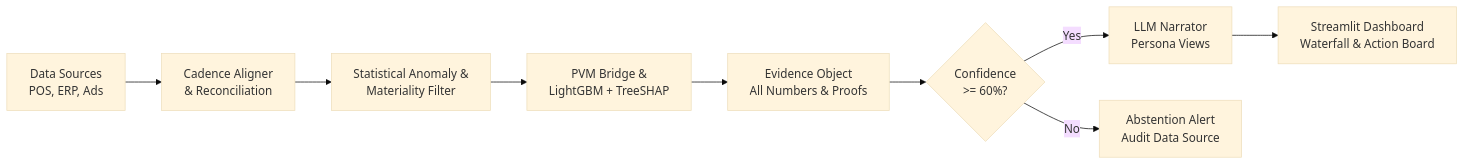
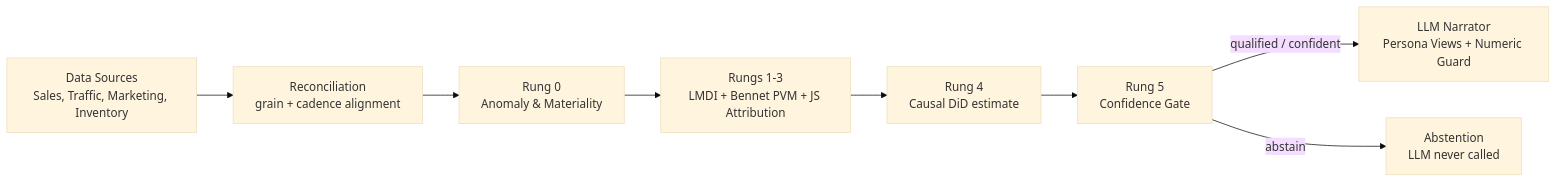
The diagram in README.md (SaiBalajiSonga/BusinessIntelligenceAI), drawn with Mermaid (base theme) before and after one commit. The commit also changed other lines of this file and 4 other files, not shown here.

````diff
--- a/README.md
+++ b/README.md
@@ -49,11 +49,10 @@
 ```mermaid
 flowchart LR
-    A[Data Sources<br/>POS, ERP, Ads] --> B[Cadence Aligner<br/>& Reconciliation]
-    B --> C[Statistical Anomaly &<br/>Materiality Filter]
-    C --> D[PVM Bridge &<br/>LightGBM + TreeSHAP]
-    D --> E[Evidence Object<br/>All Numbers & Proofs]
-    E --> F{Confidence<br/>>= 60%?}
-    F -->|Yes| G[LLM Narrator<br/>Persona Views]
-    F -->|No| H[Abstention Alert<br/>Audit Data Source]
-    G --> I[Streamlit Dashboard<br/>Waterfall & Action Board]
+    A[Data Sources<br/>Sales, Traffic, Marketing, Inventory] --> B[Reconciliation<br/>grain + cadence alignment]
+    B --> C[Rung 0<br/>Anomaly & Materiality]
+    C --> D[Rungs 1-3<br/>LMDI + Bennet PVM + JS Attribution]
+    D --> E[Rung 4<br/>Causal DiD estimate]
+    E --> F[Rung 5<br/>Confidence Gate]
+    F -->|qualified / confident| G[LLM Narrator<br/>Persona Views + Numeric Guard]
+    F -->|abstain| H[Abstention<br/>LLM never called]
 ```
````
